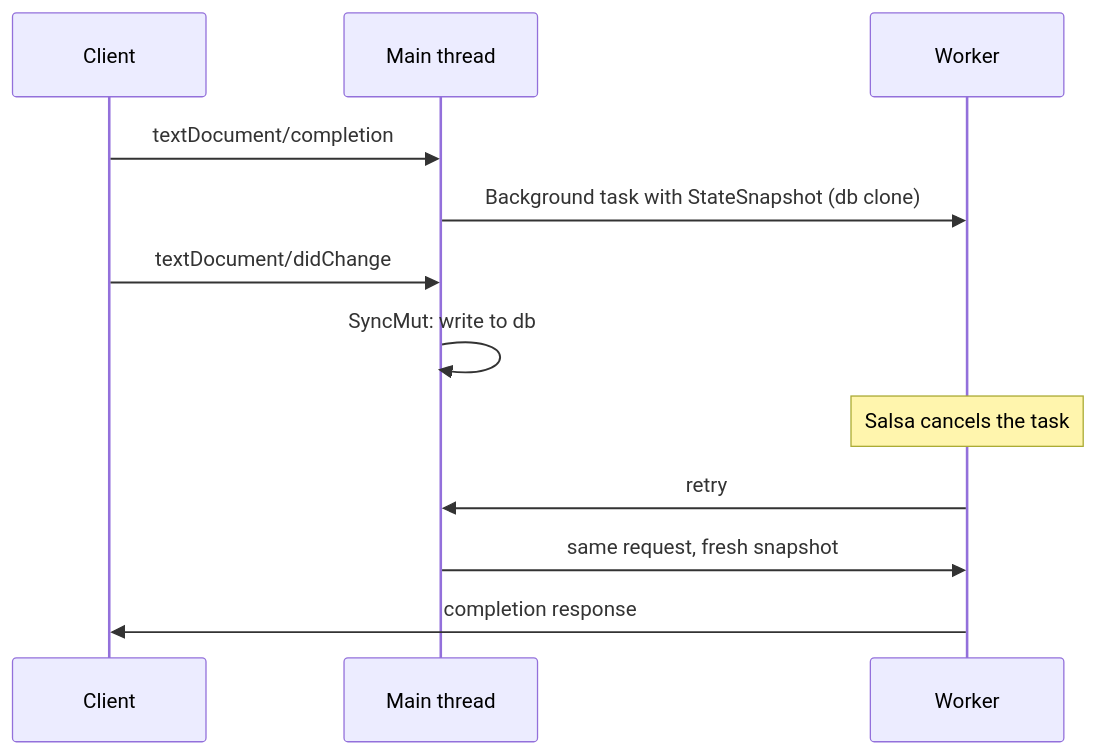
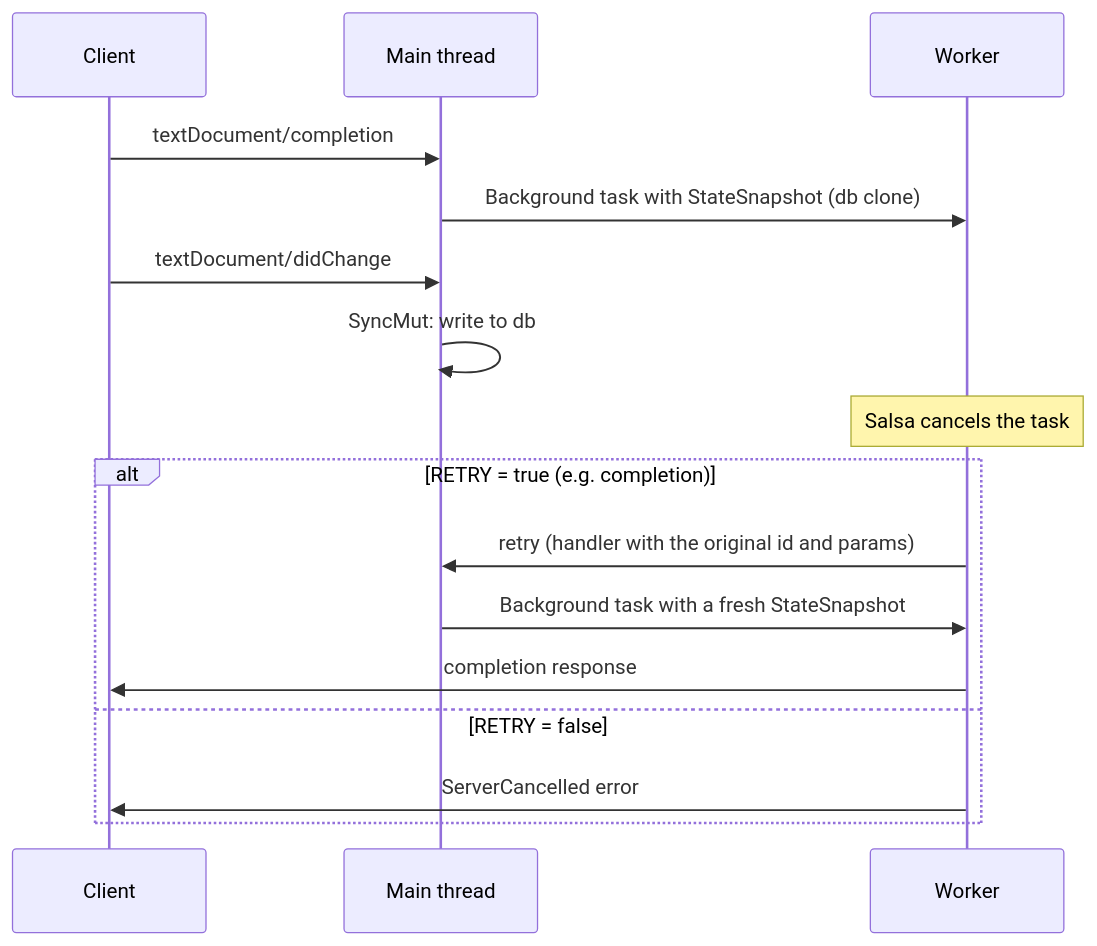
The fourth of 7 diagrams in ARCHITECTURE.md (software-mansion/cairols), drawn with Mermaid before and after one commit. The commit also changed other lines of this file, not shown here.

````diff
--- a/ARCHITECTURE.md
+++ b/ARCHITECTURE.md
@@ -171,14 +171,18 @@
 ```mermaid
 sequenceDiagram
     participant C as Client
     participant M as Main thread
     participant W as Worker
     C->>M: textDocument/completion
     M->>W: Background task with StateSnapshot (db clone)
     C->>M: textDocument/didChange
     M->>M: SyncMut: write to db
     Note over W: Salsa cancels the task
-    W->>M: retry
-    M->>W: same request, fresh snapshot
-    W->>C: completion response
+    alt RETRY = true (e.g. completion)
+        W->>M: retry (handler with the original id and params)
+        M->>W: Background task with a fresh StateSnapshot
+        W->>C: completion response
+    else RETRY = false
+        W->>C: ServerCancelled error
+    end
 ```
````
